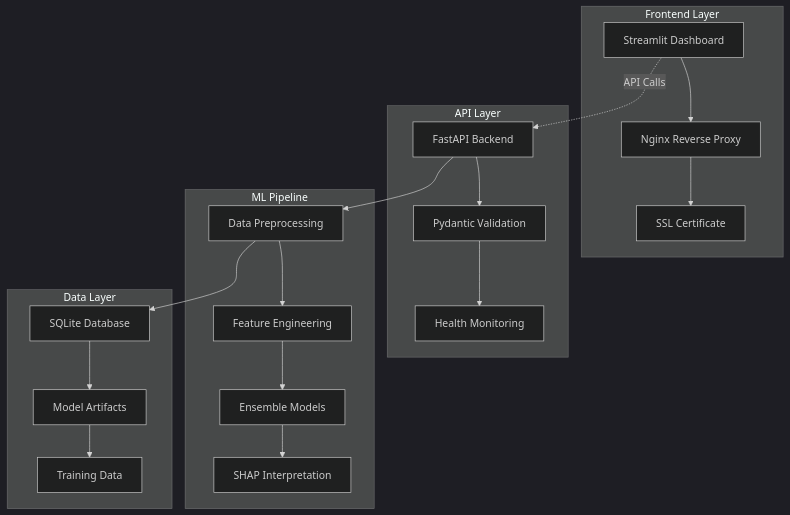
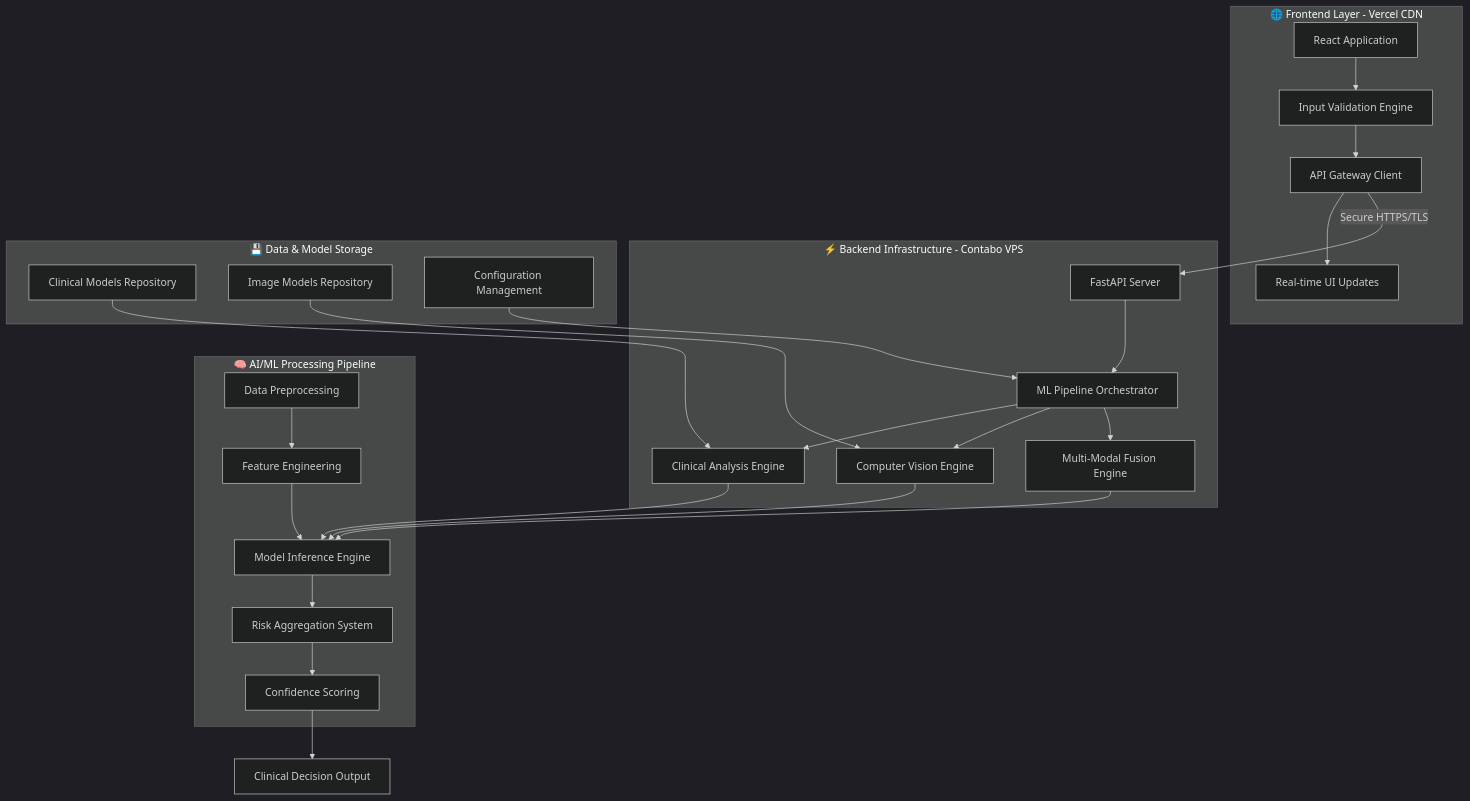
Before and after one commit to codedbydumi/heart-disease: the diagram in README.md, drawn with Mermaid (dark theme). The commit also changed other lines of this file, not shown here.

````diff
--- a/README.md
+++ b/README.md
@@ -106,27 +159,37 @@
 ```mermaid
 graph TB
-    subgraph "Frontend Layer"
-        A[Streamlit Dashboard] --> B[Nginx Reverse Proxy]
-        B --> C[SSL Certificate]
+    subgraph "🌐 Frontend Layer - Vercel CDN"
+        A[React Application] --> B[Input Validation Engine]
+        B --> C[API Gateway Client]
+        C --> D[Real-time UI Updates]
     end
     
-    subgraph "API Layer"  
-        D[FastAPI Backend] --> E[Pydantic Validation]
-        E --> F[Health Monitoring]
+    subgraph "⚡ Backend Infrastructure - Contabo VPS"
+        E[FastAPI Server] --> F[ML Pipeline Orchestrator]
+        F --> G[Clinical Analysis Engine]
+        F --> H[Computer Vision Engine]
+        F --> I[Multi-Modal Fusion Engine]
     end
     
-    subgraph "ML Pipeline"
-        G[Data Preprocessing] --> H[Feature Engineering]
-        H --> I[Ensemble Models]
-        I --> J[SHAP Interpretation]
+    subgraph "🧠 AI/ML Processing Pipeline"
+        J[Data Preprocessing] --> K[Feature Engineering]
+        K --> L[Model Inference Engine]
+        L --> M[Risk Aggregation System]
+        M --> N[Confidence Scoring]
     end
     
-    subgraph "Data Layer"
-        K[SQLite Database] --> L[Model Artifacts]
-        L --> M[Training Data]
+    subgraph "💾 Data & Model Storage"
+        O[Clinical Models Repository]
+        P[Image Models Repository]
+        Q[Configuration Management]
     end
     
-    A -.->|API Calls| D
-    D --> G
-    G --> K
+    C -->|Secure HTTPS/TLS| E
+    G --> L
+    H --> L
+    I --> L
+    O --> G
+    P --> H
+    Q --> F
+    N --> R[Clinical Decision Output]
 ```
````
